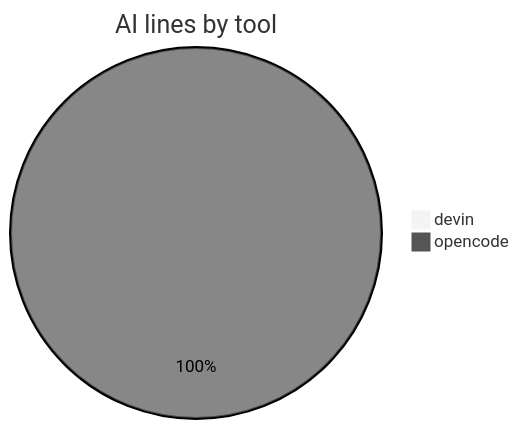
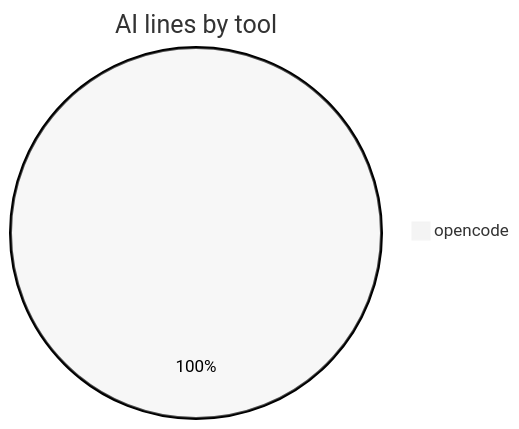
One commit to CaliMark/game-of-life changed the third of 7 diagrams in AI-AUTHORSHIP.md. Above: the diagram before and after it, drawn with Mermaid (neutral theme). The commit also changed other lines of this file and 1 other file, not shown here.

````diff
--- a/AI-AUTHORSHIP.md
+++ b/AI-AUTHORSHIP.md
@@ -40,5 +38,4 @@
 ```mermaid
 pie title AI lines by tool
-    "devin" : 1
     "opencode" : 585
 ```
````
